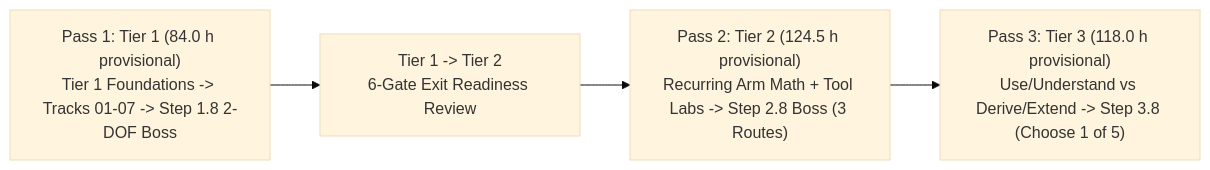
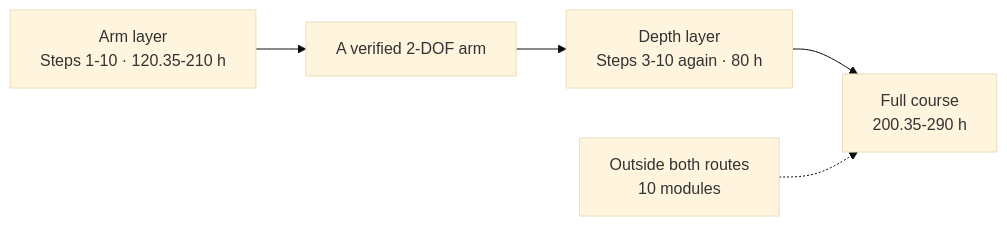
Before and after one commit to TLE47/Mechatronics-Roadmap: the diagram in docs/SYLLABUS.md, drawn with Mermaid (base theme). The commit also changed other lines of this file and 14 other files, not shown here.

````diff
--- a/docs/SYLLABUS.md
+++ b/docs/SYLLABUS.md
@@ -51,6 +25,7 @@
 ```mermaid
 flowchart LR
-    T1["Pass 1: Tier 1 (84.0 h provisional)<br/>Tier 1 Foundations -> Tracks 01-07 -> Step 1.8 2-DOF Boss"] --> EXIT["Tier 1 -> Tier 2<br/>6-Gate Exit Readiness Review"]
-    EXIT --> T2["Pass 2: Tier 2 (124.5 h provisional)<br/>Recurring Arm Math + Tool Labs -> Step 2.8 Boss (3 Routes)"]
-    T2 --> T3["Pass 3: Tier 3 (118.0 h provisional)<br/>Use/Understand vs Derive/Extend -> Step 3.8 (Choose 1 of 5)"]
+    Arm["Arm layer<br/>Steps 1-10 · 120.35-210 h"] --> Built["A verified 2-DOF arm"]
+    Built --> Depth["Depth layer<br/>Steps 3-10 again · 80 h"]
+    Depth --> Full["Full course<br/>200.35-290 h"]
+    Outside["Outside both routes<br/>10 modules"] -.-> Full
 ```
````
